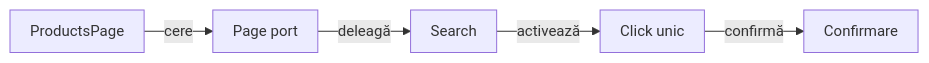
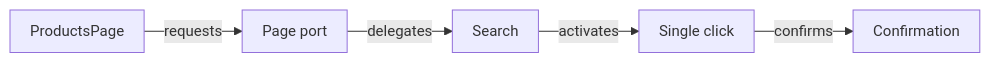
One commit to crististefanita/atf_j0 changed diagram 11 of 14 in atf-test-auto-ex/README.md. Above: the diagram before and after it, drawn with Mermaid. The commit also changed other lines of this file and 113 other files, not shown here.

````diff
--- a/atf-test-auto-ex/README.md
+++ b/atf-test-auto-ex/README.md
@@ -1287,8 +1376,8 @@
 ```mermaid
 %%{init: {"themeVariables":{"fontSize":"15px"},"themeCSS":".nodeLabel, .nodeLabel p { font-size: 15px !important; line-height: 1.35 !important; } .edgeLabel, .edgeLabel p { font-size: 12px !important; font-weight: 400 !important; line-height: 1.2 !important; } .edgeLabel .labelBkg, .edgeLabel p { background: transparent !important; } .edgeLabel foreignObject { transform: translateY(-18px); overflow: visible; } .node rect { rx: 6px; ry: 6px; }","flowchart":{"curve":"linear","nodeSpacing":24,"rankSpacing":40,"padding":10,"diagramPadding":16}}}%%
 flowchart LR
-    Page["ProductsPage"] -->|cere| Port["Page port"]
-    Port -->|deleagă| Search["Search"]
-    Search -->|activează| Click["Click unic"]
-    Click -->|confirmă| Ready["Confirmare"]
+    Page["ProductsPage"] -->|requests| Port["Page port"]
+    Port -->|delegates| Search["Search"]
+    Search -->|activates| Click["Single click"]
+    Click -->|confirms| Ready["Confirmation"]
 ```
````
